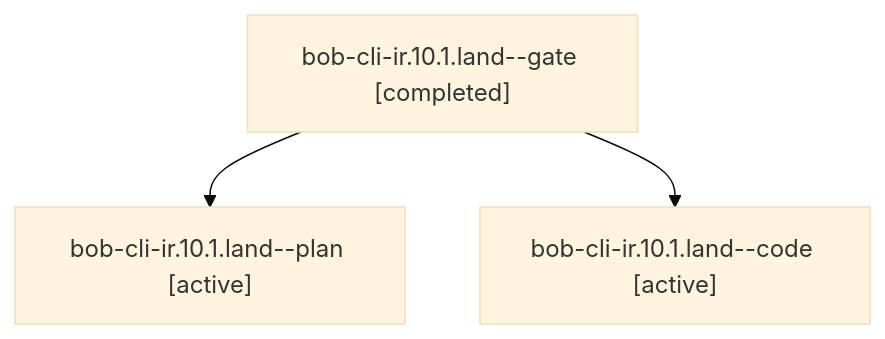
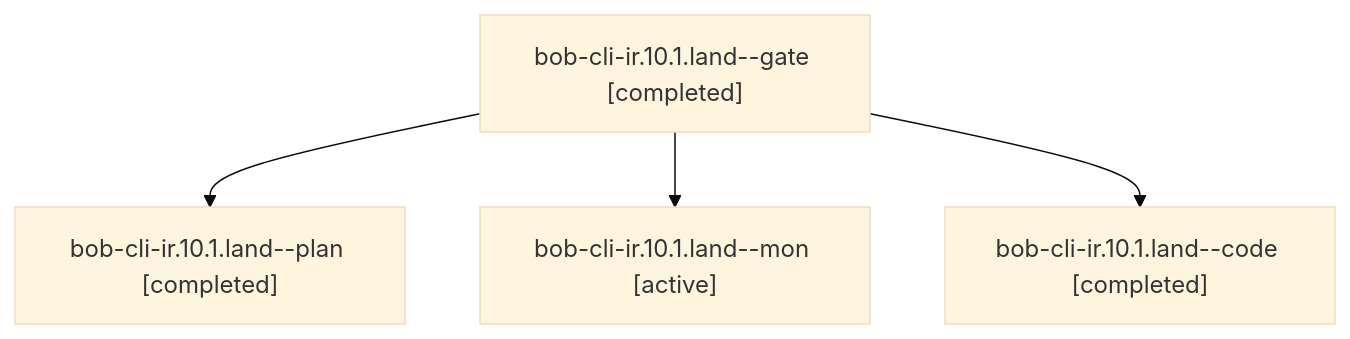
The diagram in sessions/bbugyi200.athena.bob-cli-ir.10.1.land.md (bobs-org/bob-cli--agents), drawn with Mermaid (base theme) before and after one commit. The commit also changed other lines of this file and 115 other files, not shown here.

````diff
--- a/sessions/bbugyi200.athena.bob-cli-ir.10.1.land.md
+++ b/sessions/bbugyi200.athena.bob-cli-ir.10.1.land.md
@@ -9,8 +9,10 @@
 ```mermaid
 flowchart TD
   n0["bob-cli-ir.10.1.land--gate [completed]"]
-  n1["bob-cli-ir.10.1.land--plan [active]"]
+  n1["bob-cli-ir.10.1.land--plan [completed]"]
   n0 --> n1
-  n2["bob-cli-ir.10.1.land--code [active]"]
+  n2["bob-cli-ir.10.1.land--mon [active]"]
   n0 --> n2
+  n3["bob-cli-ir.10.1.land--code [completed]"]
+  n0 --> n3
 ```
````
